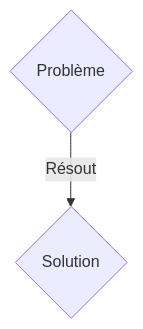
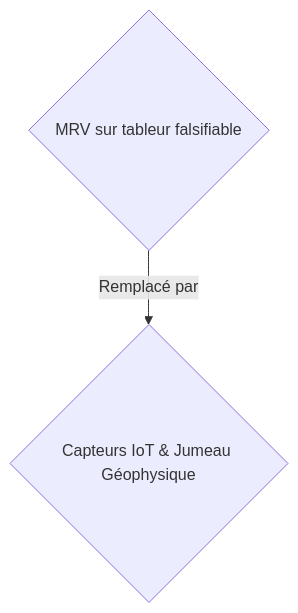
Before and after one commit to flouzzy/top-100-ai-startup-ideas: the first of 2 diagrams in ideas/co2-mineralization-tracker/README.fr.md, drawn with Mermaid. The commit also changed other lines of this file and 19 other files, not shown here.

````diff
--- a/ideas/co2-mineralization-tracker/README.fr.md
+++ b/ideas/co2-mineralization-tracker/README.fr.md
@@ -17,4 +17,4 @@
 ```mermaid
 graph TD
-    A{"Problème"} -->|"Résout"| B{"Solution"}
+    A{"MRV sur tableur falsifiable"} -->|"Remplacé par"| B{"Capteurs IoT & Jumeau Géophysique"}
 ```
````
